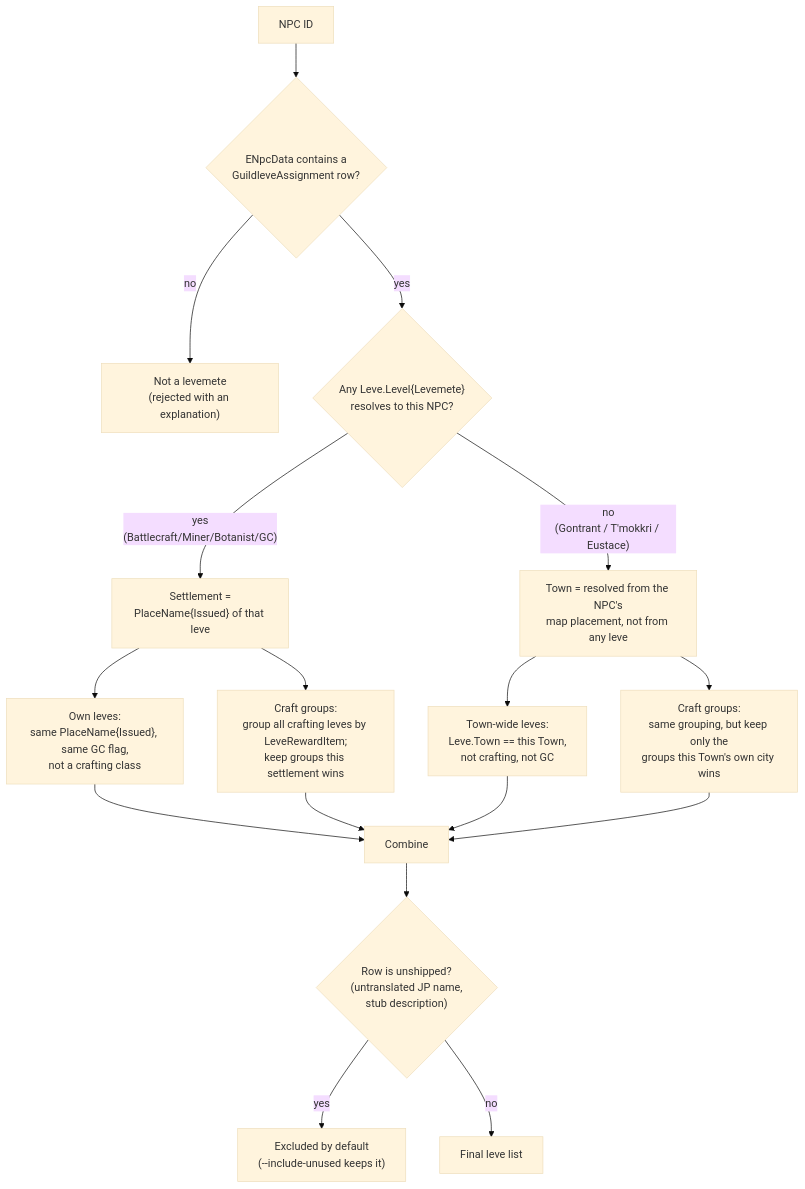
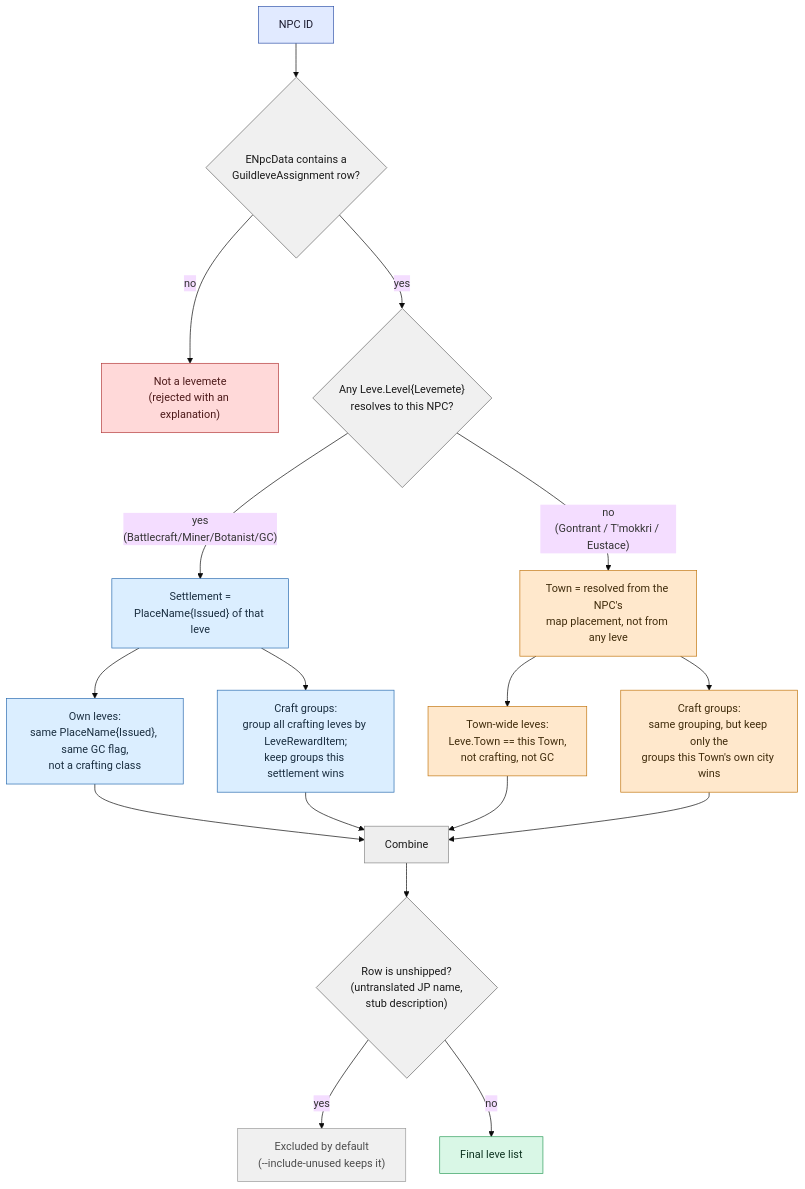
Before and after one commit to MrGuffels/ffxiv-levefinder: the diagram in README.md, drawn with Mermaid (base theme).

Commit message:
Color the README flowchart by branch
Pastel fills with dark strokes/text so it stays legible on both light
and dark GitHub themes (Mermaid nodes don't invert with the page):
blue for the designated-levemete path, amber for the hub path, red
for the not-a-levemete reject, gray for decisions/merge/excluded,
green for the final result.

````diff
--- a/README.md
+++ b/README.md
@@ -31,22 +31,40 @@
 ```mermaid
 flowchart TD
     A["NPC ID"] --> B{"ENpcData contains a\nGuildleveAssignment row?"}
     B -- no --> C["Not a levemete\n(rejected with an explanation)"]
     B -- yes --> D{"Any Leve.Level{Levemete}\nresolves to this NPC?"}
 
     D -- "yes\n(Battlecraft/Miner/Botanist/GC)" --> E["Settlement =\nPlaceName{Issued} of that leve"]
     E --> F["Own leves:\nsame PlaceName{Issued}, same GC flag,\nnot a crafting class"]
     E --> G["Craft groups:\ngroup all crafting leves by LeveRewardItem;\nkeep groups this settlement wins"]
 
     D -- "no\n(Gontrant / T'mokkri / Eustace)" --> H["Town = resolved from the NPC's\nmap placement, not from any leve"]
     H --> I["Town-wide leves:\nLeve.Town == this Town,\nnot crafting, not GC"]
     H --> J["Craft groups:\nsame grouping, but keep only the\ngroups this Town's own city wins"]
 
     F --> K["Combine"]
     G --> K
     I --> K
     J --> K
     K --> L{"Row is unshipped?\n(untranslated JP name,\nstub description)"}
     L -- yes --> M["Excluded by default\n(--include-unused keeps it)"]
     L -- no --> N["Final leve list"]
+
+    classDef start fill:#e1eaff,stroke:#3355aa,color:#1a1a2e
+    classDef decision fill:#f0f0f0,stroke:#666666,color:#1a1a1a
+    classDef reject fill:#ffd9d9,stroke:#b33939,color:#4d1a1a
+    classDef designated fill:#dbeeff,stroke:#2b6cb0,color:#1a2e40
+    classDef hub fill:#ffe8cc,stroke:#c2760f,color:#402c0c
+    classDef merge fill:#eeeeee,stroke:#888888,color:#1a1a1a
+    classDef excluded fill:#f0f0f0,stroke:#999999,color:#4d4d4d
+    classDef result fill:#d9f7e6,stroke:#2f9e5c,color:#0d3320
+
+    class A start
+    class B,D,L decision
+    class C reject
+    class E,F,G designated
+    class H,I,J hub
+    class K merge
+    class M excluded
+    class N result
 ```
````
